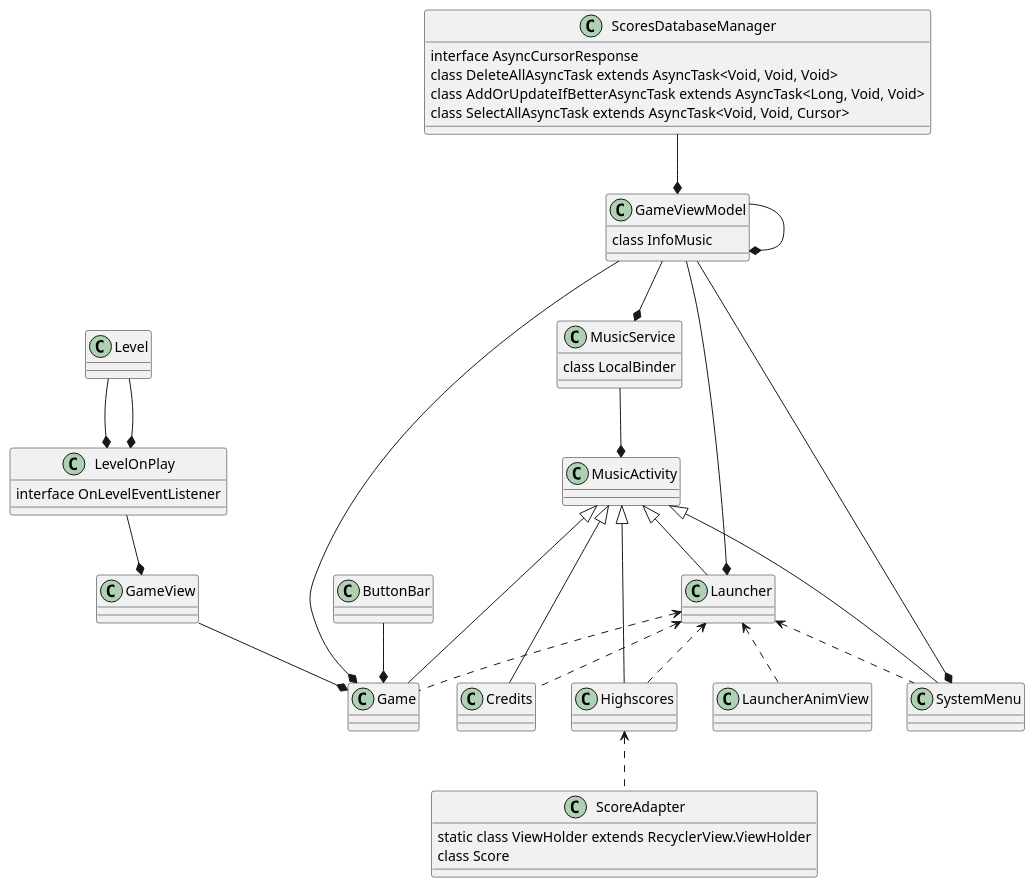
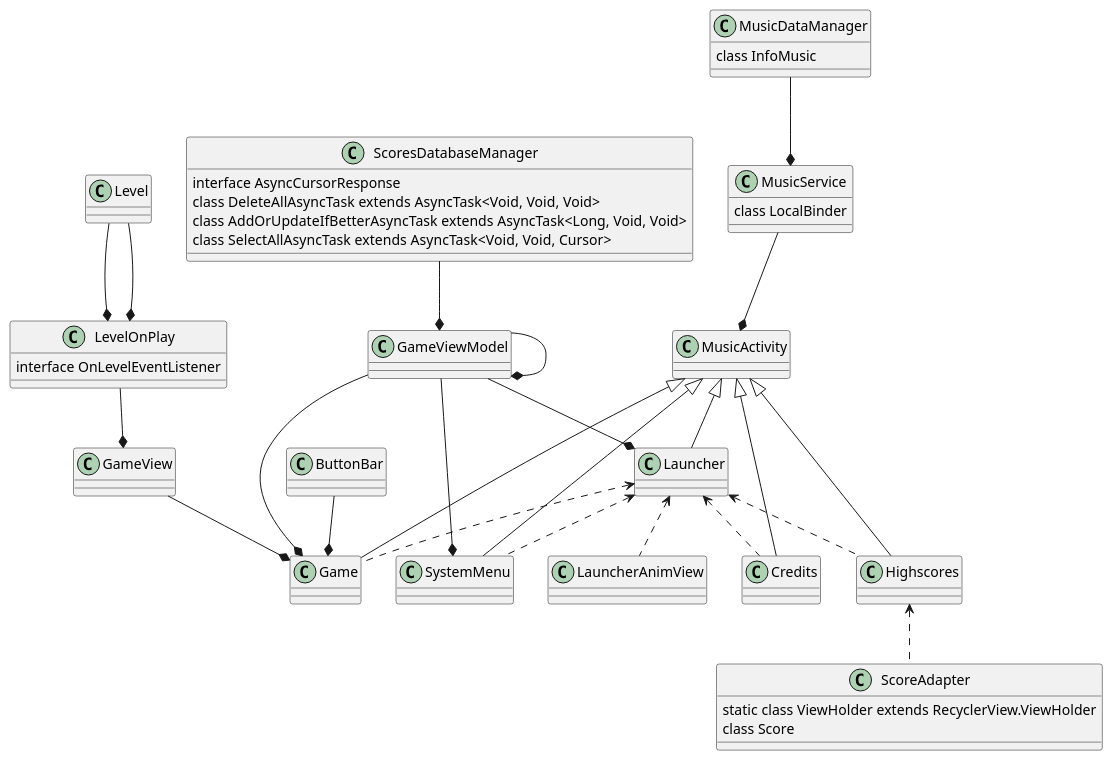
Before and after one commit to dc-p8/colorflood: the diagram in colorfloodUML.puml, drawn with PlantUML. The commit also changed 6 other files, not shown here.

```diff
--- a/colorfloodUML.puml
+++ b/colorfloodUML.puml
@@ -1,60 +1,61 @@
 @startuml
 
 class ButtonBar
 class Credits
 class Game
 class GameView
-class GameViewModel {
-    class InfoMusic
-}
+class GameViewModel
 class Highscores
 class Launcher
 class LauncherAnimView
 class Level
 class LevelOnPlay {
     interface OnLevelEventListener
 }
 class MusicActivity
+class MusicDataManager {
+  class InfoMusic
+}
 class MusicService {
     class LocalBinder
 }
 class ScoreAdapter {
     static class ViewHolder extends RecyclerView.ViewHolder
     class Score
 }
 class ScoresDatabaseManager {
     interface AsyncCursorResponse
     class DeleteAllAsyncTask extends AsyncTask<Void, Void, Void>
     class AddOrUpdateIfBetterAsyncTask extends AsyncTask<Long, Void, Void>
     class SelectAllAsyncTask extends AsyncTask<Void, Void, Cursor>
 }
 class SystemMenu
 
 
 ButtonBar --* Game
 GameView --* Game
 GameViewModel --* Game
 LevelOnPlay --* GameView
 GameViewModel --* GameViewModel
 ScoresDatabaseManager --* GameViewModel
 GameViewModel --* Launcher
 Level --* LevelOnPlay
 Level --* LevelOnPlay
 MusicService --* MusicActivity
-GameViewModel --* MusicService
+MusicDataManager --* MusicService
 GameViewModel --* SystemMenu
 
 MusicActivity <|-- Credits
 MusicActivity <|-- Game
 MusicActivity <|-- Highscores
 MusicActivity <|-- Launcher
 MusicActivity <|-- SystemMenu
 
 Launcher <.. LauncherAnimView
 Launcher <.. Credits
 Launcher <.. Game
 Launcher <.. Highscores
 Launcher <.. SystemMenu
 Highscores <.. ScoreAdapter
 
 @enduml
```
